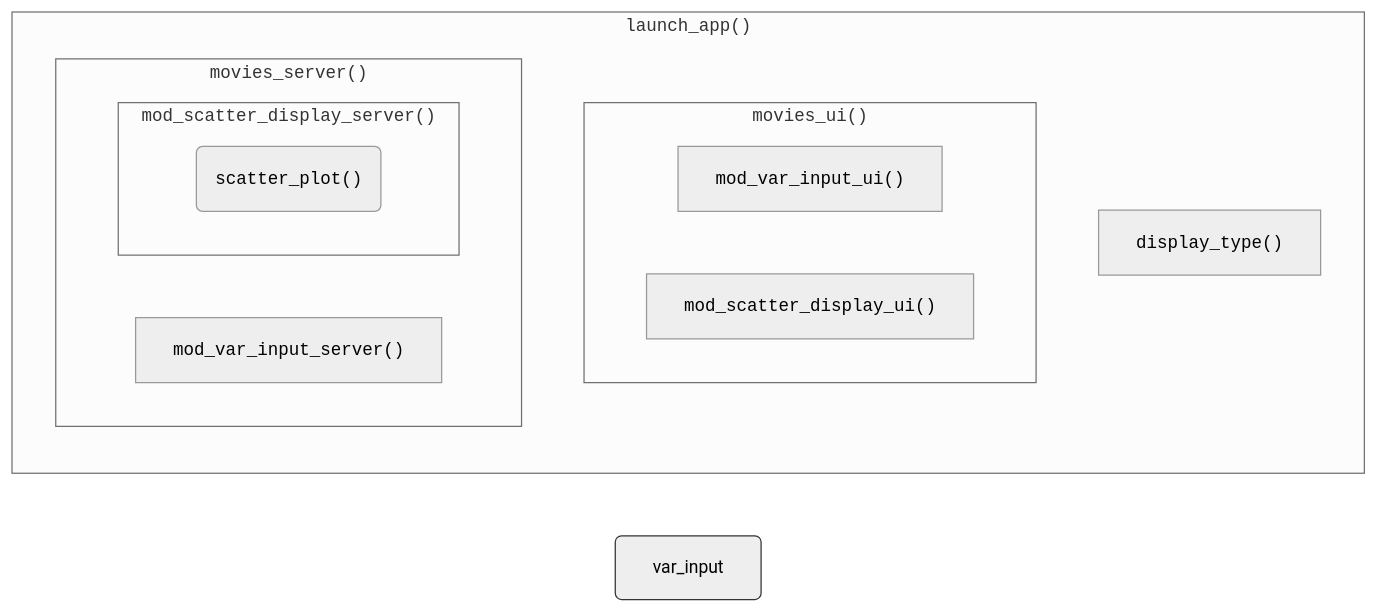
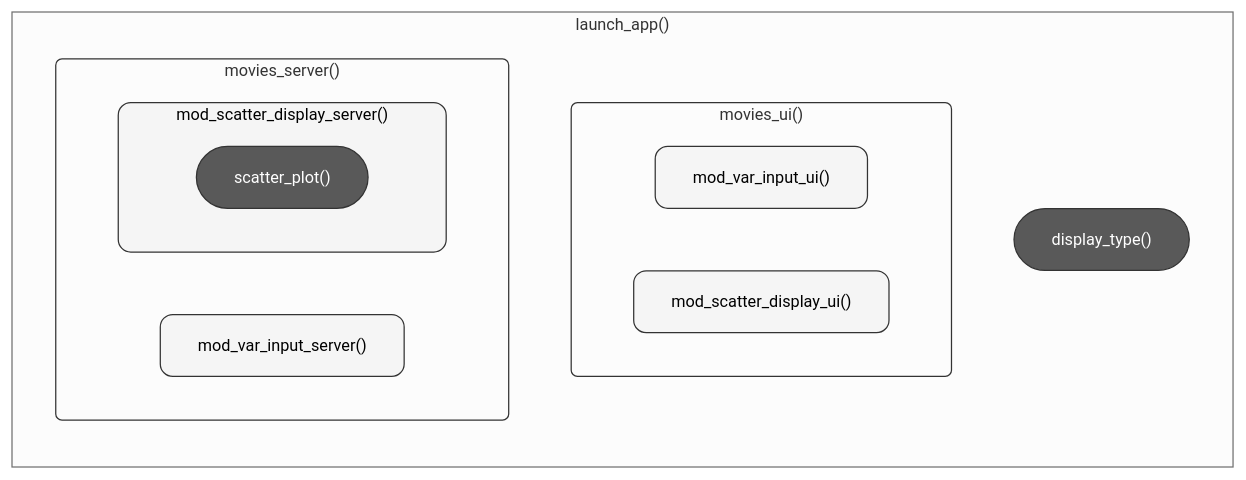
The first of 4 diagrams in debug.qmd (mjfrigaard/shiny-app-pkgs), drawn with Mermaid before and after one commit. The commit also changed 33 other files, not shown here.

````diff
--- a/debug.qmd
+++ b/debug.qmd
@@ -122,22 +122,34 @@
 ```{mermaid}
 %%| fig-cap: 'Debugging'
 %%| fig-align: center
 %%{init: {'theme': 'neutral', 'themeVariables': { 'fontFamily': 'monospace', "fontSize":"14px"}}}%%
+%%{init: {'theme': 'neutral', 'themeVariables': { 'fontFamily': 'monospace', "fontSize":"13px"}}}%%
 flowchart LR
-        subgraph launch_app["<code>launch_app()</code>"]
-            display_type["<code>display_type()</code>"]
-            subgraph UI["<code>movies_ui()</code>"]
-                mod_var_input_ui["<code>mod_var_input_ui()</code>"]
-                mod_scatter_display_ui["<code>mod_scatter_display_ui()</code>"]
+        subgraph launch_app["launch_app()"]
+            display_type["display_type()"]
+            subgraph UI["movies_ui()"]
+                mod_var_input_ui["mod_var_input_ui()"]
+                mod_scatter_display_ui["mod_scatter_display_ui()"]
             end
-            subgraph Server["<code>movies_server()</code>"]
-                mod_var_input_server["<code>mod_var_input_server()</code>"]
-                subgraph mod_scatter_display_server["<code>mod_scatter_display_server()</code>"]
-                scatter_plot("<code>scatter_plot()</code>")
+            subgraph Server["movies_server()"]
+                mod_var_input_server["mod_var_input_server()"]
+                subgraph mod_scatter_display_server["mod_scatter_display_server()"]
+                scatter_plot["scatter_plot()"]
                 end
             end
         end
-        
-        style var_input stroke:#333,stroke-width:1px,rx:5,ry:5 
+
+
+style UI stroke:#333,stroke-width:1px,rx:5,ry:5
+style Server stroke:#333,stroke-width:1px,rx:5,ry:5
+
+style mod_var_input_ui color:#000,fill:#f5f5f5,stroke:#333,stroke-width:1px,rx:10,ry:10
+style mod_var_input_server color:#000,fill:#f5f5f5,stroke:#333,stroke-width:1px,rx:10,ry:10
+style mod_scatter_display_server color:#000,fill:#f5f5f5,stroke:#333,stroke-width:1px,rx:10,ry:10
+style mod_scatter_display_ui color:#000,fill:#f5f5f5,stroke:#333,stroke-width:1px,rx:10,ry:10
+
+style display_type color:#FFF,fill:#595959,stroke:#333,stroke-width:1px,rx:25,ry:25
+style scatter_plot color:#FFF,fill:#595959,stroke:#333,stroke-width:1px,rx:25,ry:25
+
 
 ```
````
